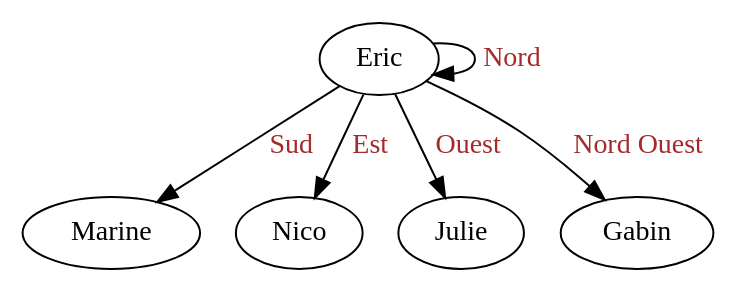
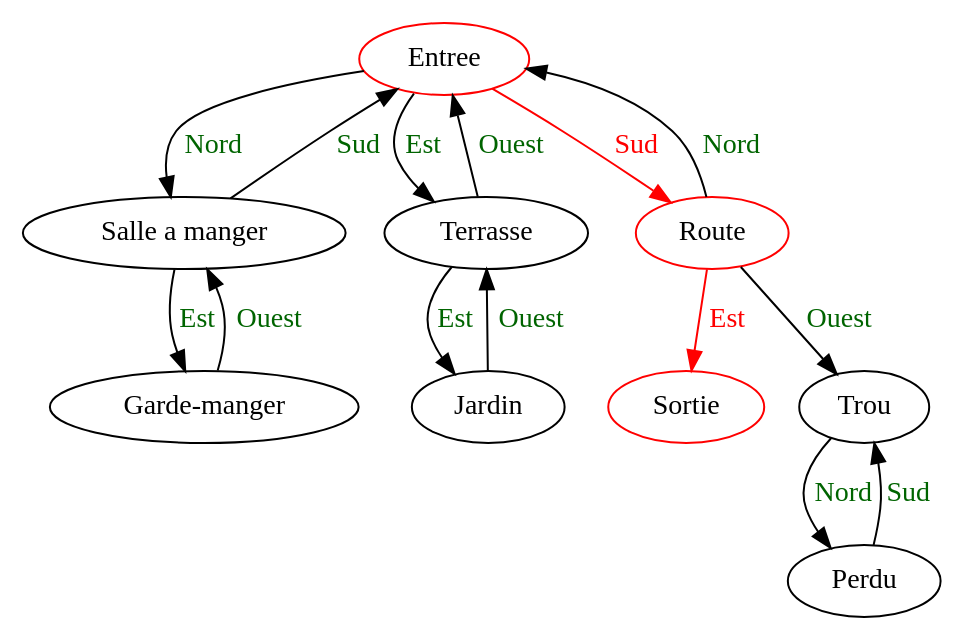
One commit to JESAISaps/KnotsAndStrings changed the diagram in Dots/dot.dot. Above: the diagram before and after it, drawn with Graphviz. The commit also changed 8 other files, not shown here.

```diff
--- a/Dots/dot.dot
+++ b/Dots/dot.dot
@@ -1,12 +1,25 @@
 digraph g{ 
-"Eric";
-"Eric" -> "Eric" [label = "Nord"] [fontcolor=brown]
-"Eric" -> "Marine" [label = "Sud"] [fontcolor=brown]
-"Eric" -> "Nico" [label = "Est"] [fontcolor=brown]
-"Eric" -> "Julie" [label = "Ouest"] [fontcolor=brown]
-"Eric" -> "Gabin" [label = "Nord Ouest"] [fontcolor=brown]
-"Marine";
-"Nico";
-"Julie";
-"Gabin";
+"Entree" [fontcolor=black] [color=red];
+"Entree" -> "Salle a manger" [label = "Nord"] [fontcolor=darkgreen]
+"Entree" -> "Terrasse" [label = "Est"] [fontcolor=darkgreen]
+"Entree" -> "Route" [label = "Sud"] [fontcolor=red] [color=red]
+"Salle a manger";
+"Salle a manger" -> "Entree" [label = "Sud"] [fontcolor=darkgreen]
+"Salle a manger" -> "Garde-manger" [label = "Est"] [fontcolor=darkgreen]
+"Terrasse";
+"Terrasse" -> "Jardin" [label = "Est"] [fontcolor=darkgreen]
+"Terrasse" -> "Entree" [label = "Ouest"] [fontcolor=darkgreen]
+"Route" [fontcolor=black] [color=red];
+"Route" -> "Entree" [label = "Nord"] [fontcolor=darkgreen]
+"Route" -> "Sortie" [label = "Est"] [fontcolor=red] [color=red]
+"Route" -> "Trou" [label = "Ouest"] [fontcolor=darkgreen]
+"Garde-manger";
+"Garde-manger" -> "Salle a manger" [label = "Ouest"] [fontcolor=darkgreen]
+"Jardin";
+"Jardin" -> "Terrasse" [label = "Ouest"] [fontcolor=darkgreen]
+"Sortie" [fontcolor=black] [color=red];
+"Trou";
+"Trou" -> "Perdu" [label = "Nord"] [fontcolor=darkgreen]
+"Perdu";
+"Perdu" -> "Trou" [label = "Sud"] [fontcolor=darkgreen]
 }
```
